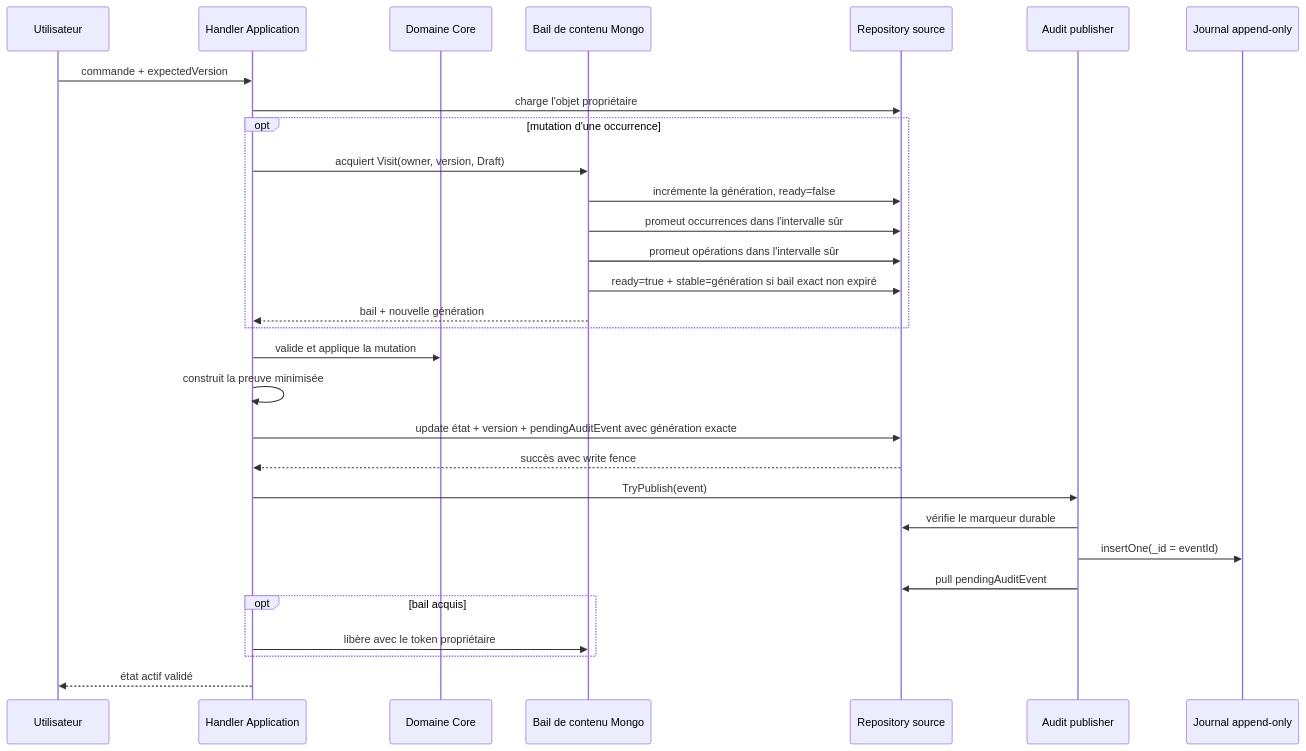
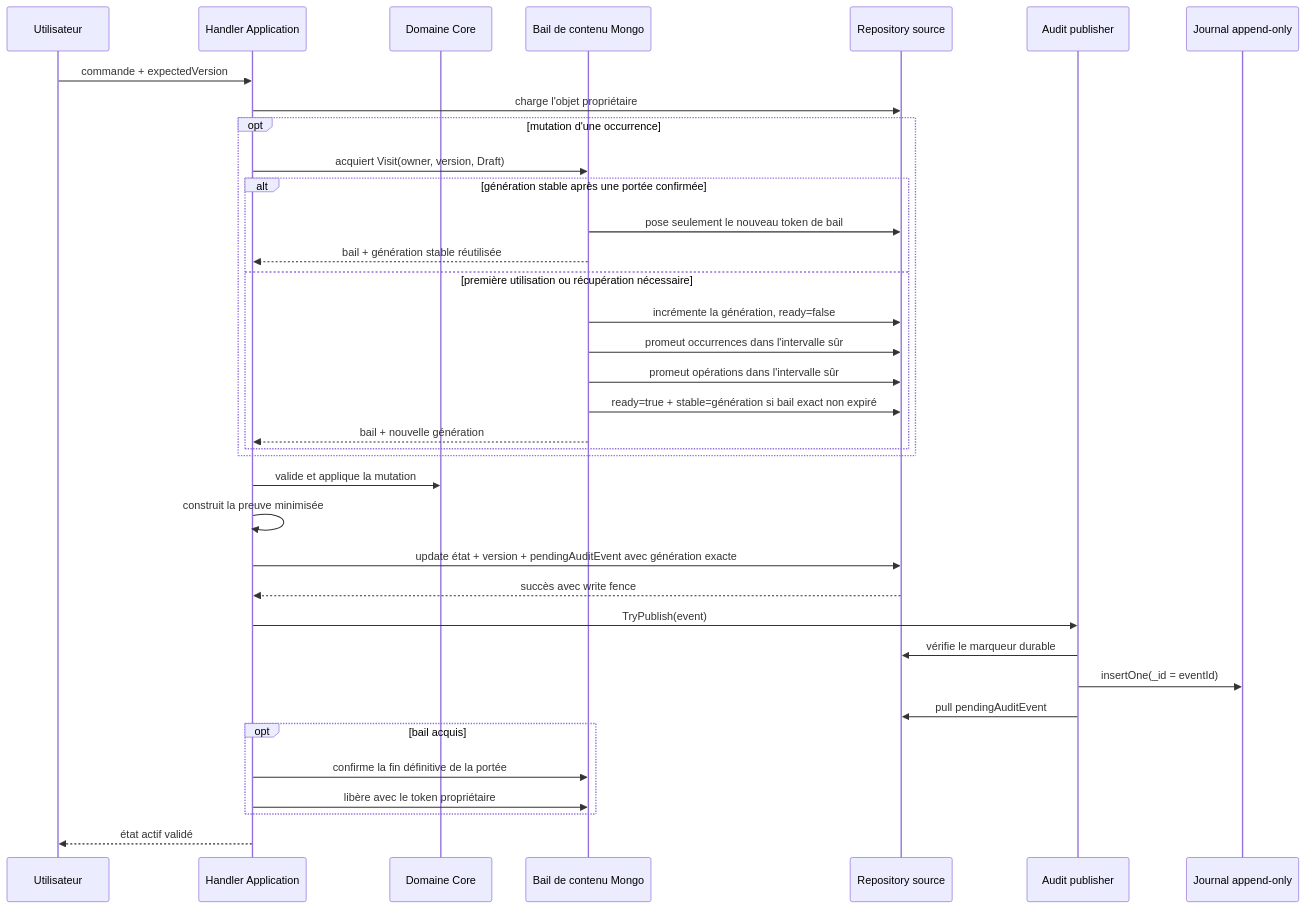
One commit to Ced59/AmusementParkProject changed the third of 5 diagrams in docs/architecture/product-growth-pass-11-passport-audit-2026-09-03.md. Above: the diagram before and after it, drawn with Mermaid. The commit also changed other lines of this file and 13 other files, not shown here.

````diff
--- a/docs/architecture/product-growth-pass-11-passport-audit-2026-09-03.md
+++ b/docs/architecture/product-growth-pass-11-passport-audit-2026-09-03.md
@@ -145,33 +145,39 @@
 ```mermaid
 sequenceDiagram
     participant U as Utilisateur
     participant H as Handler Application
     participant C as Domaine Core
     participant L as Bail de contenu Mongo
     participant S as Repository source
     participant A as Audit publisher
     participant J as Journal append-only
 
     U->>H: commande + expectedVersion
     H->>S: charge l'objet propriétaire
     opt mutation d'une occurrence
         H->>L: acquiert Visit(owner, version, Draft)
-        L->>S: incrémente la génération, ready=false
-        L->>S: promeut occurrences dans l'intervalle sûr
-        L->>S: promeut opérations dans l'intervalle sûr
-        L->>S: ready=true + stable=génération si bail exact non expiré
-        L-->>H: bail + nouvelle génération
+        alt génération stable après une portée confirmée
+            L->>S: pose seulement le nouveau token de bail
+            L-->>H: bail + génération stable réutilisée
+        else première utilisation ou récupération nécessaire
+            L->>S: incrémente la génération, ready=false
+            L->>S: promeut occurrences dans l'intervalle sûr
+            L->>S: promeut opérations dans l'intervalle sûr
+            L->>S: ready=true + stable=génération si bail exact non expiré
+            L-->>H: bail + nouvelle génération
+        end
     end
     H->>C: valide et applique la mutation
     H->>H: construit la preuve minimisée
     H->>S: update état + version + pendingAuditEvent avec génération exacte
     S-->>H: succès avec write fence
     H->>A: TryPublish(event)
     A->>S: vérifie le marqueur durable
     A->>J: insertOne(_id = eventId)
     A->>S: pull pendingAuditEvent
     opt bail acquis
+        H->>L: confirme la fin définitive de la portée
         H->>L: libère avec le token propriétaire
     end
     H-->>U: état actif validé
 ```
````
